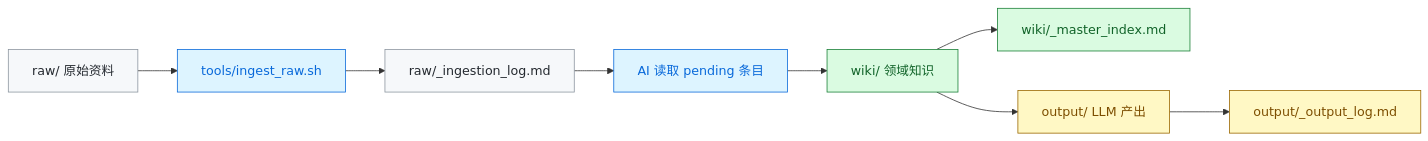
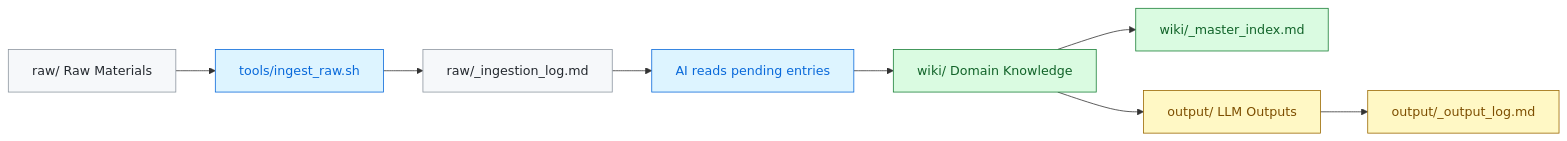
Before and after one commit to KkOma-value/vault: the diagram in README.md, drawn with Mermaid. The commit also changed other lines of this file, not shown here.

First line of the commit message:
chore: port ingest tool from PowerShell to bash

````diff
--- a/README.md
+++ b/README.md
@@ -80,20 +83,20 @@
 ```mermaid
 flowchart LR
-    A["raw/ 原始资料"] --> B["tools/ingest_raw.sh"]
+    A["raw/ Raw Materials"] --> B["tools/ingest_raw.sh"]
     B --> C["raw/_ingestion_log.md"]
-    C --> D["AI 读取 pending 条目"]
-    D --> E["wiki/ 领域知识"]
+    C --> D["AI reads pending entries"]
+    D --> E["wiki/ Domain Knowledge"]
     E --> F["wiki/_master_index.md"]
-    E --> G["output/ LLM 产出"]
+    E --> G["output/ LLM Outputs"]
     G --> H["output/_output_log.md"]
 
     classDef source fill:#f6f8fa,stroke:#8c959f,color:#24292f;
     classDef tool fill:#ddf4ff,stroke:#0969da,color:#0969da;
     classDef knowledge fill:#dafbe1,stroke:#1a7f37,color:#116329;
     classDef output fill:#fff8c5,stroke:#9a6700,color:#7d4e00;
 
     class A,C source;
     class B,D tool;
     class E,F knowledge;
     class G,H output;
 ```
````
